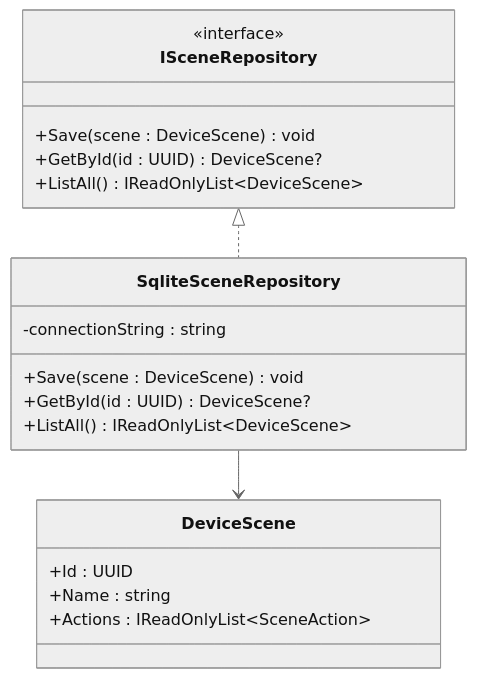
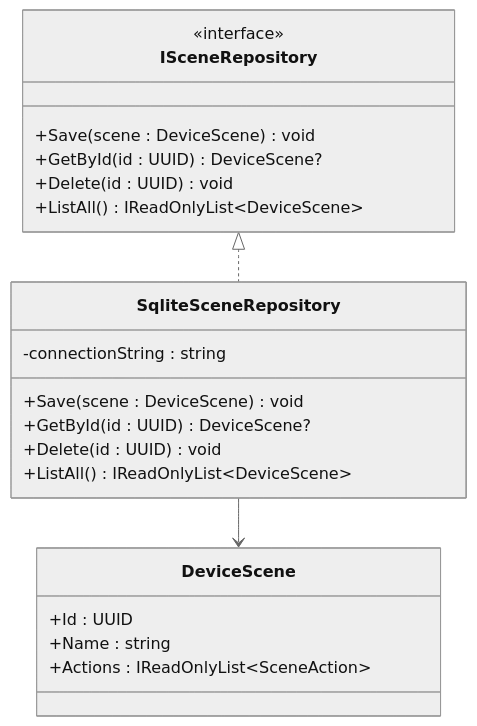
One commit to jeff-adkisson/swe-4743-spring-2026-oo-design changed diagram 12 of 24 in presentations/14-repository-and-builder-patterns.md. Above: the diagram before and after it, drawn with Mermaid (neutral theme). The commit also changed other lines of this file, not shown here.

````diff
--- a/presentations/14-repository-and-builder-patterns.md
+++ b/presentations/14-repository-and-builder-patterns.md
@@ -536,25 +539,27 @@
 ```mermaid
 classDiagram
     class DeviceScene {
         +Id : UUID
         +Name : string
         +Actions : IReadOnlyList~SceneAction~
     }
 
     class ISceneRepository {
         <<interface>>
         +Save(scene : DeviceScene) void
         +GetById(id : UUID) DeviceScene?
+        +Delete(id : UUID) void
         +ListAll() IReadOnlyList~DeviceScene~
     }
 
     class SqliteSceneRepository {
         -connectionString : string
         +Save(scene : DeviceScene) void
         +GetById(id : UUID) DeviceScene?
+        +Delete(id : UUID) void
         +ListAll() IReadOnlyList~DeviceScene~
     }
 
     ISceneRepository <|.. SqliteSceneRepository
     SqliteSceneRepository --> DeviceScene
 ```
````
